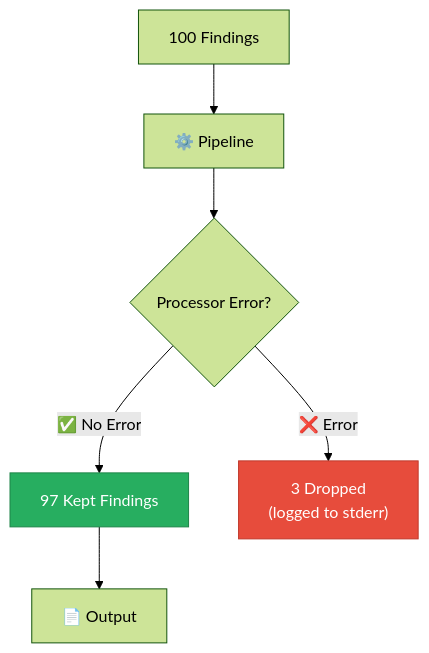
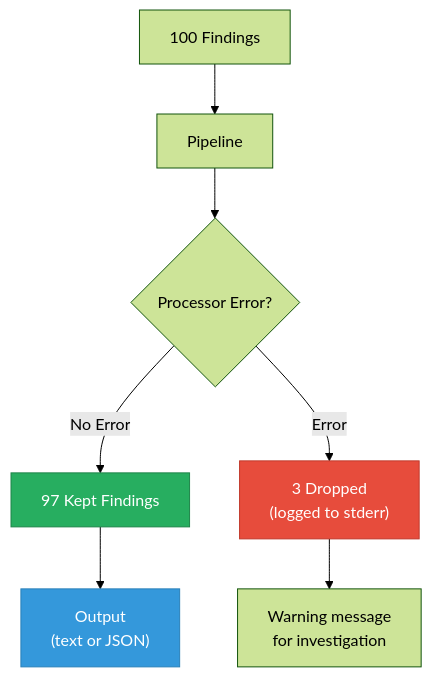
One commit to svemulapati/CredVigil changed diagram 39 of 41 in docs/training/02-secure-hashing-metadata-pipeline.md. Above: the diagram before and after it, drawn with Mermaid (forest theme). The commit also changed other lines of this file, not shown here.

First line of the commit message:
feat: add Component 2 — Secure Hashing & Metadata Pipeline

````diff
--- a/docs/training/02-secure-hashing-metadata-pipeline.md
+++ b/docs/training/02-secure-hashing-metadata-pipeline.md
@@ -1238,10 +1916,12 @@
 ```mermaid
 flowchart TD
-    A["100 Findings"] --> B["⚙️ Pipeline"]
+    A["100 Findings"] --> B["Pipeline"]
     B --> C{"Processor Error?"}
-    C -->|"✅ No Error"| D["97 Kept Findings"]
-    C -->|"❌ Error"| E["3 Dropped\n(logged to stderr)"]
-    D --> F["📄 Output"]
+    C -->|"No Error"| D["97 Kept Findings"]
+    C -->|"Error"| E["3 Dropped\n(logged to stderr)"]
+    D --> F["Output\n(text or JSON)"]
+    E --> G["Warning message\nfor investigation"]
     style D fill:#27AE60,stroke:#1E8449,color:#fff
     style E fill:#E74C3C,stroke:#C0392B,color:#fff
+    style F fill:#3498DB,stroke:#2980B9,color:#fff
 ```
````
